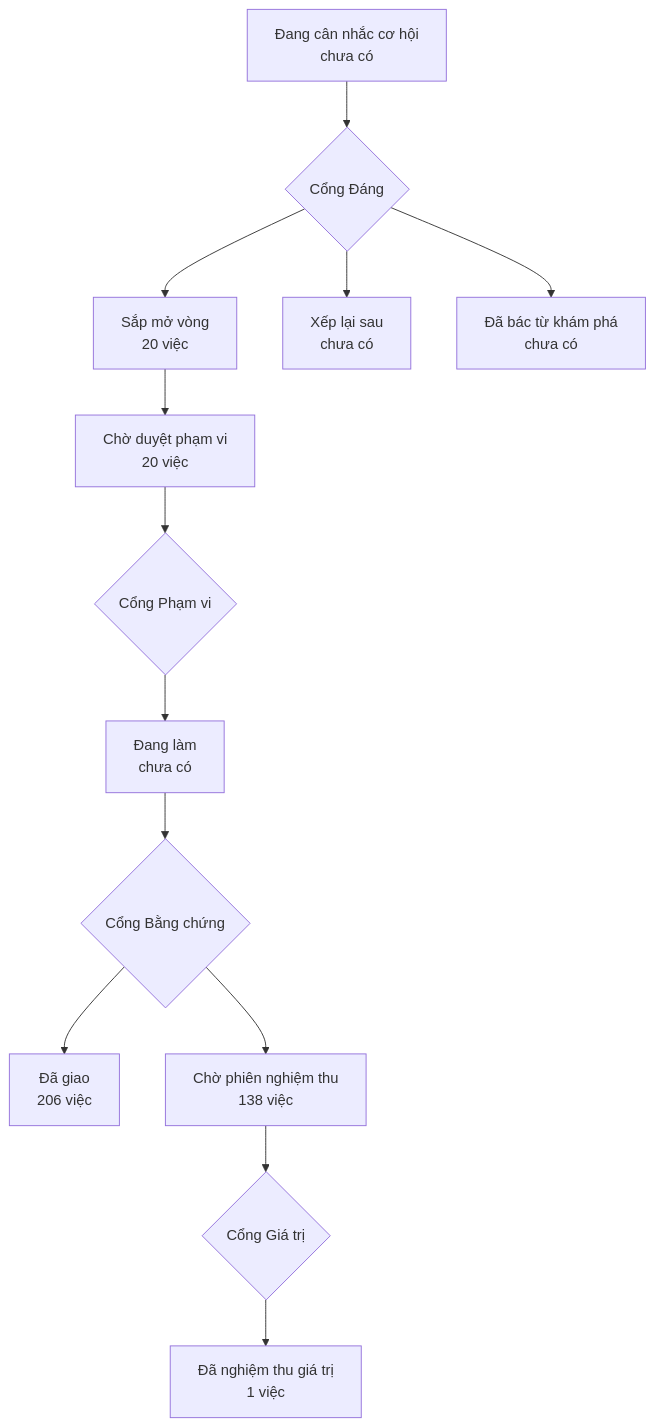
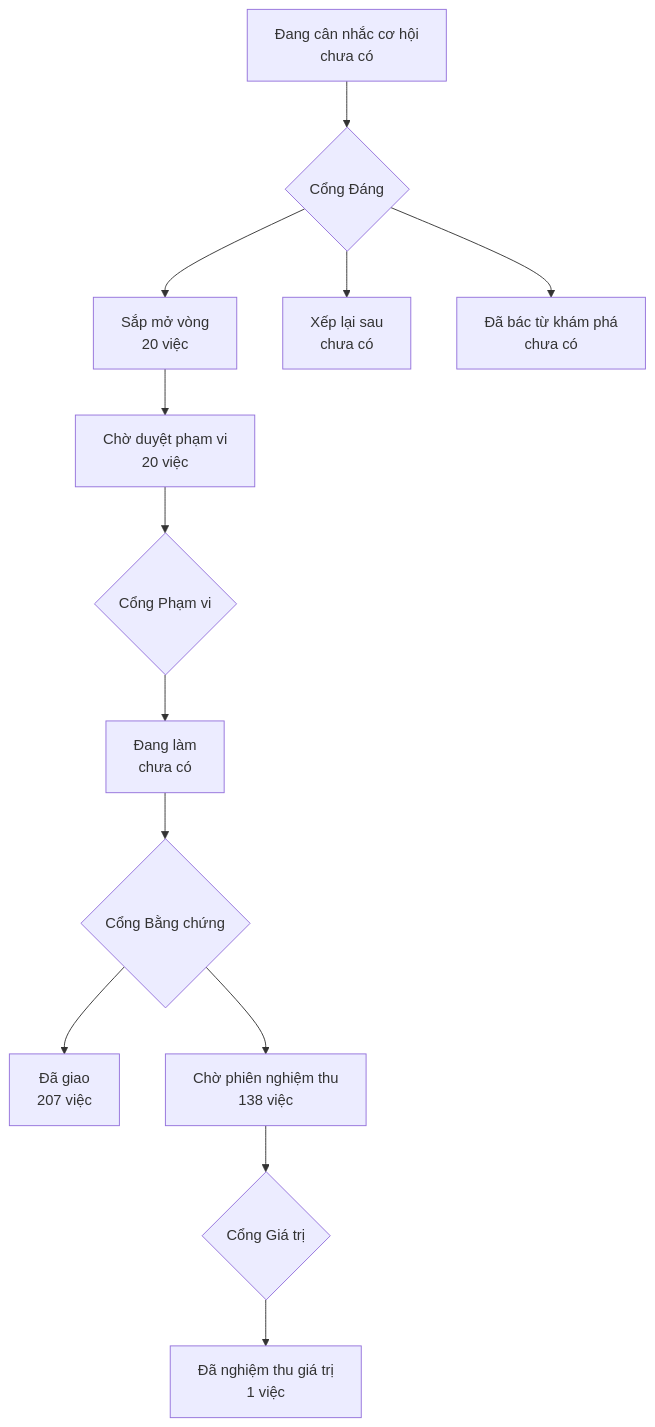
Before and after one commit to phanlemanh/onehub-invest: the diagram in PRODUCT-MAP.md, drawn with Mermaid. The commit also changed other lines of this file and 1 other file, not shown here.

Commit message:
chore: vẽ lại PRODUCT-MAP, LO-TRINH sau khi nhận main 972515aac

````diff
--- a/PRODUCT-MAP.md
+++ b/PRODUCT-MAP.md
@@ -7,12 +7,12 @@
 ```mermaid
 flowchart TD
   A["Đang cân nhắc cơ hội<br/>chưa có"] --> GD{"Cổng Đáng"}
   GD --> B["Sắp mở vòng<br/>20 việc"]
   GD --> XL["Xếp lại sau<br/>chưa có"]
   GD --> DB["Đã bác từ khám phá<br/>chưa có"]
   B --> CD["Chờ duyệt phạm vi<br/>20 việc"] --> GP{"Cổng Phạm vi"}
   GP --> DL["Đang làm<br/>chưa có"] --> GB{"Cổng Bằng chứng"}
-  GB --> DG["Đã giao<br/>206 việc"]
+  GB --> DG["Đã giao<br/>207 việc"]
   GB --> CN["Chờ phiên nghiệm thu<br/>138 việc"] --> GG{"Cổng Giá trị"}
   GG --> NT["Đã nghiệm thu giá trị<br/>1 việc"]
 ```
````
